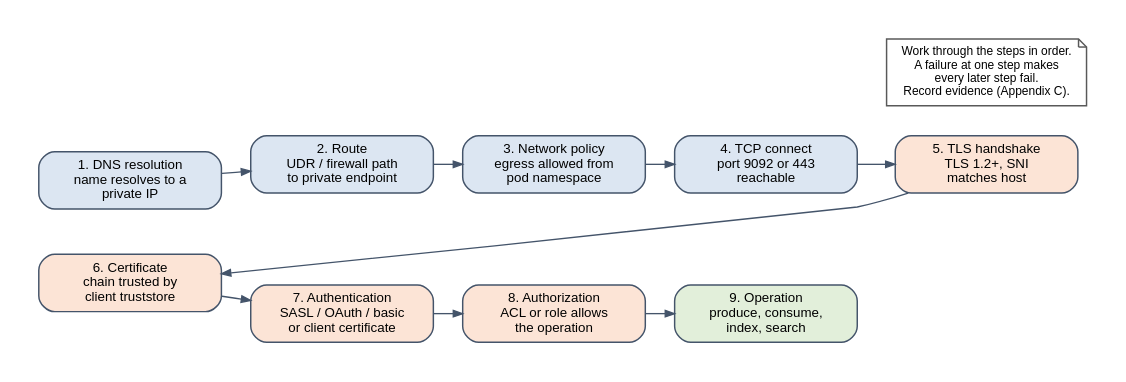
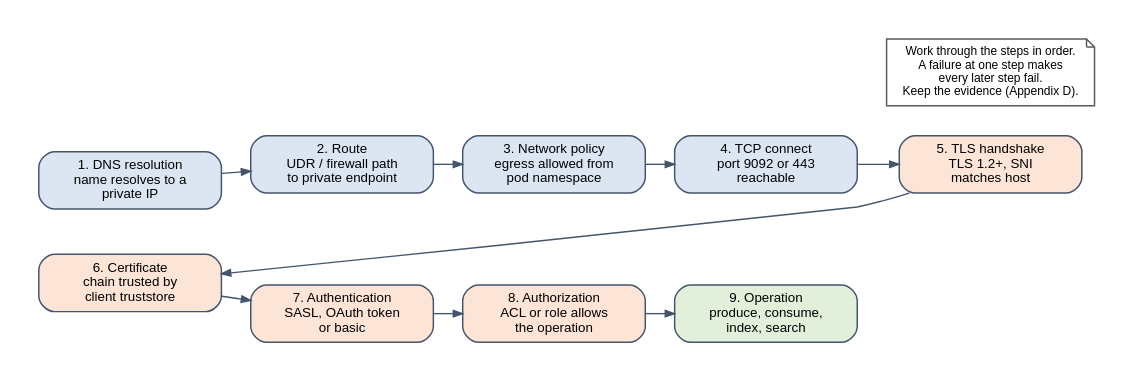
The diagram in runbook/img/generated/fig_connectivity_chain.dot (ravislr-beep/Sukoon), drawn with Graphviz before and after one commit. The commit also changed 74 other files, not shown here.

Commit message:
Add naming, Helm values and reference sources for the clone-and-upgrade runbook; regenerate diagrams

```diff
--- a/runbook/img/generated/fig_connectivity_chain.dot
+++ b/runbook/img/generated/fig_connectivity_chain.dot
@@ -1,22 +1,22 @@
 digraph G {
 
   graph [fontname="Liberation Sans", fontsize=11, bgcolor="white", pad="0.3", nodesep="0.35", ranksep="0.45", fontcolor="#1F3864"];
   node  [fontname="Liberation Sans", fontsize=10, shape=box, style="rounded,filled", fillcolor="white", color="#44546A", penwidth=1.1, margin="0.14,0.07"];
   edge  [fontname="Liberation Sans", fontsize=9, color="#44546A", fontcolor="#595959", arrowsize=0.7, penwidth=1.0];
 
 
   rankdir=LR; nodesep=0.3; ranksep=0.3; newrank=true;
-  s0 [label="1. DNS resolution\nname resolves to a\nprivate IP", fillcolor="#DCE6F2", width=1.9]; s1 [label="2. Route\nUDR / firewall path\nto private endpoint", fillcolor="#DCE6F2", width=1.9]; s2 [label="3. Network policy\negress allowed from\npod namespace", fillcolor="#DCE6F2", width=1.9]; s3 [label="4. TCP connect\nport 9092 or 443\nreachable", fillcolor="#DCE6F2", width=1.9]; s4 [label="5. TLS handshake\nTLS 1.2+, SNI\nmatches host", fillcolor="#FCE4D6", width=1.9]; s5 [label="6. Certificate\nchain trusted by\nclient truststore", fillcolor="#FCE4D6", width=1.9]; s6 [label="7. Authentication\nSASL / OAuth / basic\nor client certificate", fillcolor="#FCE4D6", width=1.9]; s7 [label="8. Authorization\nACL or role allows\nthe operation", fillcolor="#FCE4D6", width=1.9]; s8 [label="9. Operation\nproduce, consume,\nindex, search", fillcolor="#E2EFDA", width=1.9];
+  s0 [label="1. DNS resolution\nname resolves to a\nprivate IP", fillcolor="#DCE6F2", width=1.9]; s1 [label="2. Route\nUDR / firewall path\nto private endpoint", fillcolor="#DCE6F2", width=1.9]; s2 [label="3. Network policy\negress allowed from\npod namespace", fillcolor="#DCE6F2", width=1.9]; s3 [label="4. TCP connect\nport 9092 or 443\nreachable", fillcolor="#DCE6F2", width=1.9]; s4 [label="5. TLS handshake\nTLS 1.2+, SNI\nmatches host", fillcolor="#FCE4D6", width=1.9]; s5 [label="6. Certificate\nchain trusted by\nclient truststore", fillcolor="#FCE4D6", width=1.9]; s6 [label="7. Authentication\nSASL, OAuth token\nor basic", fillcolor="#FCE4D6", width=1.9]; s7 [label="8. Authorization\nACL or role allows\nthe operation", fillcolor="#FCE4D6", width=1.9]; s8 [label="9. Operation\nproduce, consume,\nindex, search", fillcolor="#E2EFDA", width=1.9];
   s0 -> s1 -> s2 -> s3 -> s4;
   s5 -> s6 -> s7 -> s8;
   s4 -> s5 [constraint=false];
   {rank=same; s0; s5}
   {rank=same; s1; s6}
   {rank=same; s2; s7}
   {rank=same; s3; s8}
   note [shape=note, style=filled, fillcolor="white", color="#595959", fontsize=9,
-        label="Work through the steps in order.\nA failure at one step makes\nevery later step fail.\nRecord evidence (Appendix C)."];
+        label="Work through the steps in order.\nA failure at one step makes\nevery later step fail.\nKeep the evidence (Appendix D)."];
   {rank=same; s4; note}
   s0 -> s5 [style=invis];
 
 }
```
